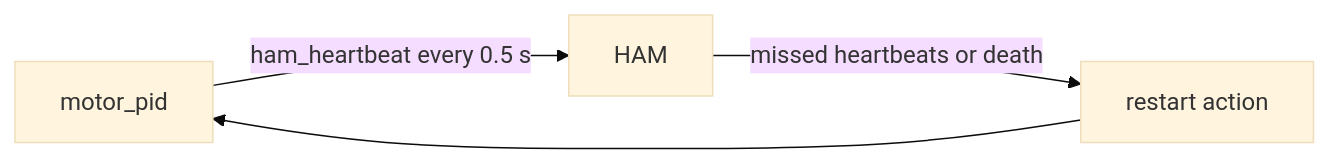
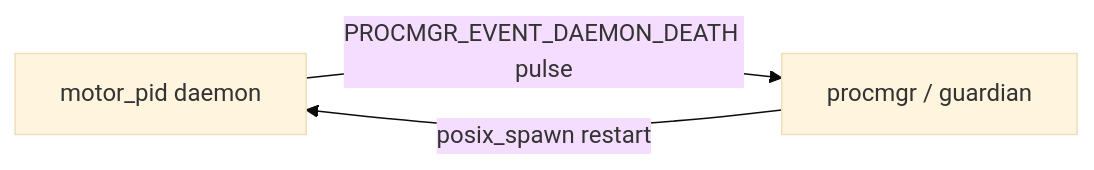
Before and after one commit to girlb0ss1990/QNXIntegrationAdvisor: the third of 3 diagrams in docs/sample-reports/motor-pid-controller.md, drawn with Mermaid (base theme). The commit also changed other lines of this file and 17 other files, not shown here.

````diff
--- a/docs/sample-reports/motor-pid-controller.md
+++ b/docs/sample-reports/motor-pid-controller.md
@@ -75,6 +75,5 @@
 ```mermaid
 flowchart LR
-  S["motor_pid"] -->|"ham_heartbeat every 0.5 s"| H["HAM"]
-  H -->|"missed heartbeats or death"| A["restart action"]
-  A --> S
+  S["motor_pid daemon"] -->|"PROCMGR_EVENT_DAEMON_DEATH pulse"| G["procmgr / guardian"]
+  G -->|"posix_spawn restart"| S
 ```
````
